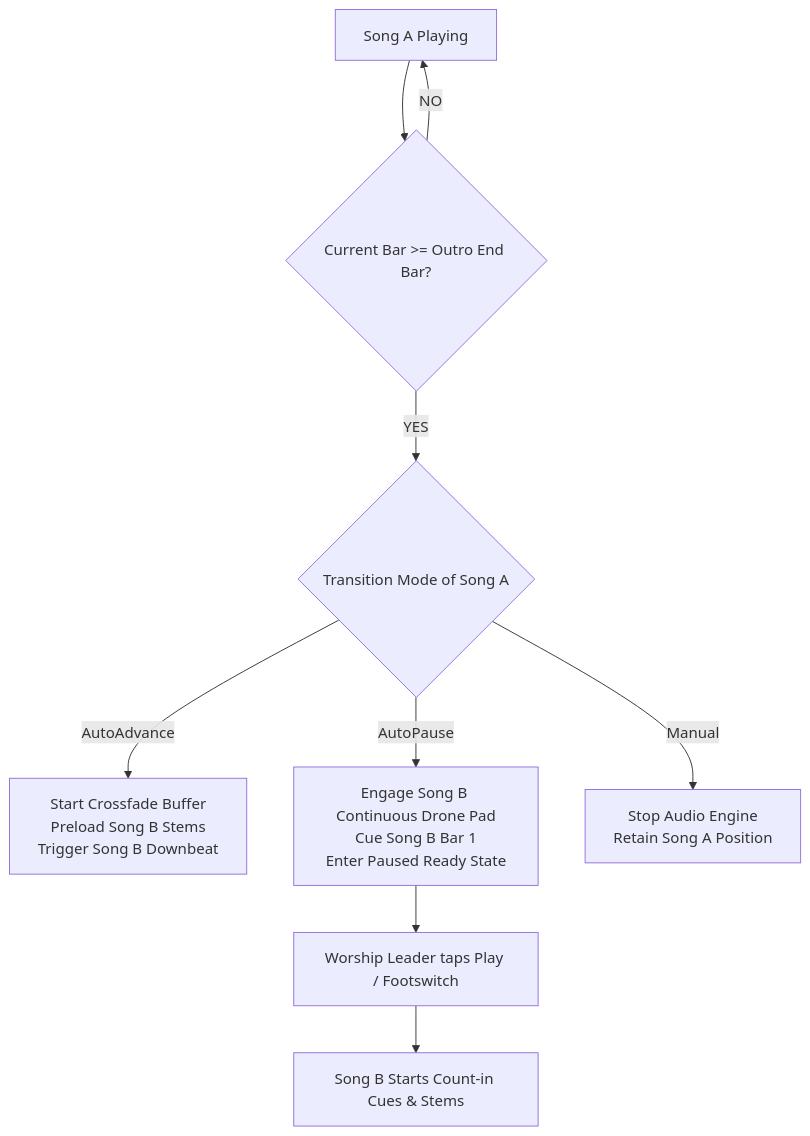
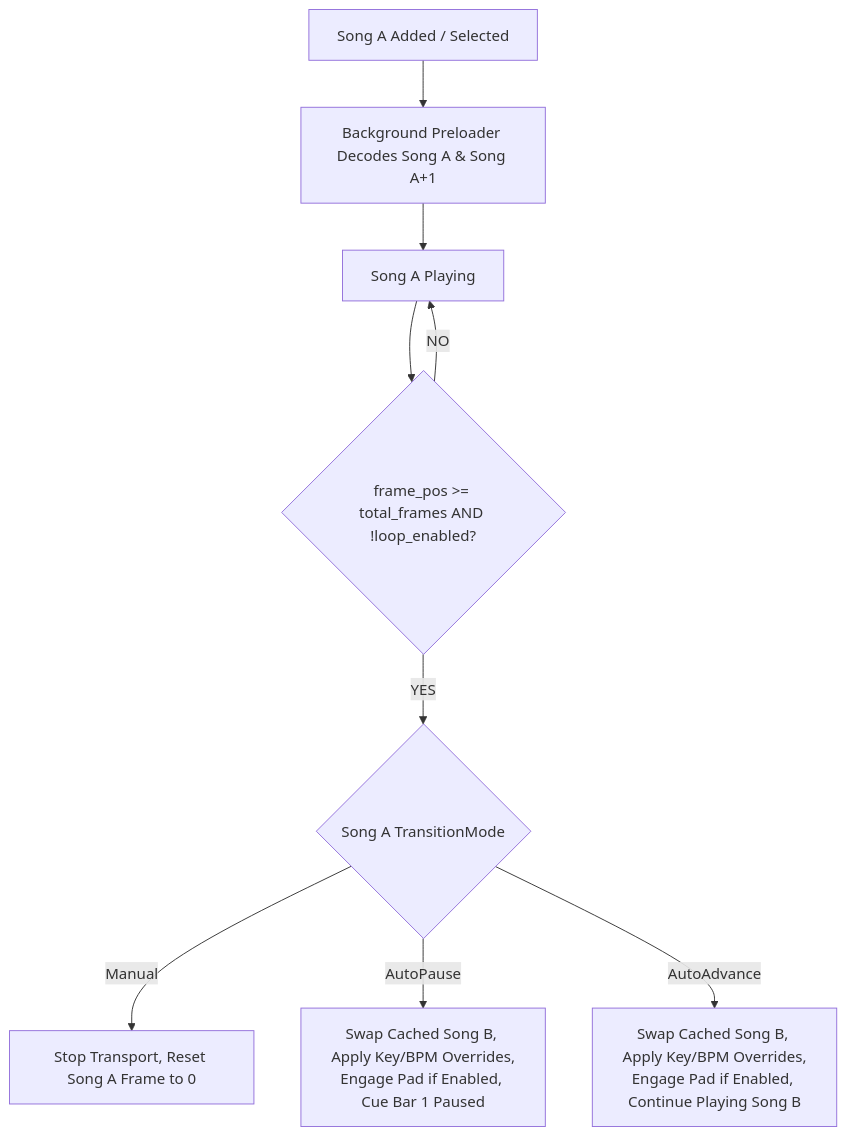
Before and after one commit to adedayo/psalm-stage: the diagram in openspec/specs/SPEC-004-SETLIST-FLOW.md, drawn with Mermaid. The commit also changed other lines of this file and 139 other files, not shown here.

````diff
--- a/openspec/specs/SPEC-004-SETLIST-FLOW.md
+++ b/openspec/specs/SPEC-004-SETLIST-FLOW.md
@@ -91,13 +109,11 @@
 ```mermaid
 flowchart TD
-    A["Song A Playing"] --> B{"Current Bar >= Outro End Bar?"}
-    B -- "NO" --> A
-    B -- "YES" --> C{"Transition Mode of Song A"}
-    
-    C -- "AutoAdvance" --> D["Start Crossfade Buffer\nPreload Song B Stems\nTrigger Song B Downbeat"]
-    C -- "AutoPause" --> E["Engage Song B Continuous Drone Pad\nCue Song B Bar 1\nEnter Paused Ready State"]
-    C -- "Manual" --> F["Stop Audio Engine\nRetain Song A Position"]
-    
-    E --> G["Worship Leader taps Play / Footswitch"]
-    G --> H["Song B Starts Count-in Cues & Stems"]
+    A["Song A Added / Selected"] --> B["Background Preloader Decodes Song A & Song A+1"]
+    B --> C["Song A Playing"]
+    C --> D{"frame_pos >= total_frames AND !loop_enabled?"}
+    D -- "NO" --> C
+    D -- "YES" --> E{"Song A TransitionMode"}
+    E -- "Manual" --> F["Stop Transport, Reset Song A Frame to 0"]
+    E -- "AutoPause" --> G["Swap Cached Song B, Apply Key/BPM Overrides,\nEngage Pad if Enabled, Cue Bar 1 Paused"]
+    E -- "AutoAdvance" --> H["Swap Cached Song B, Apply Key/BPM Overrides,\nEngage Pad if Enabled, Continue Playing Song B"]
 ```
````
